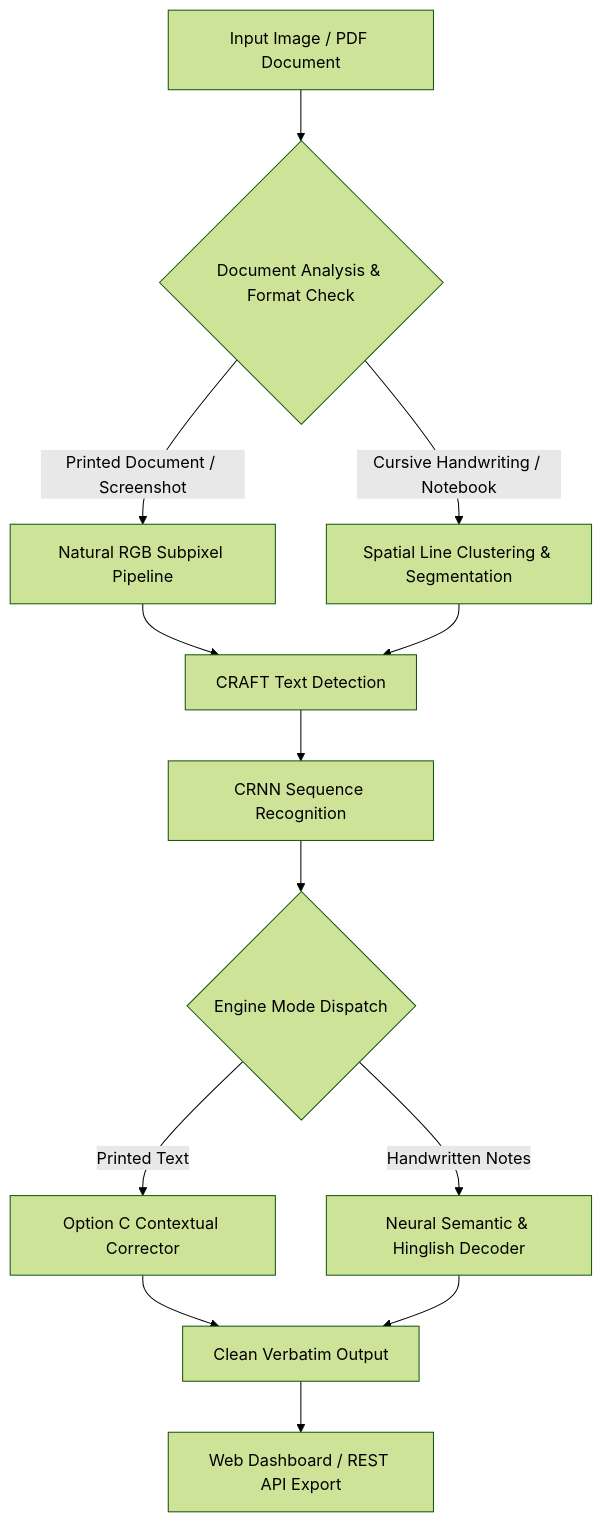
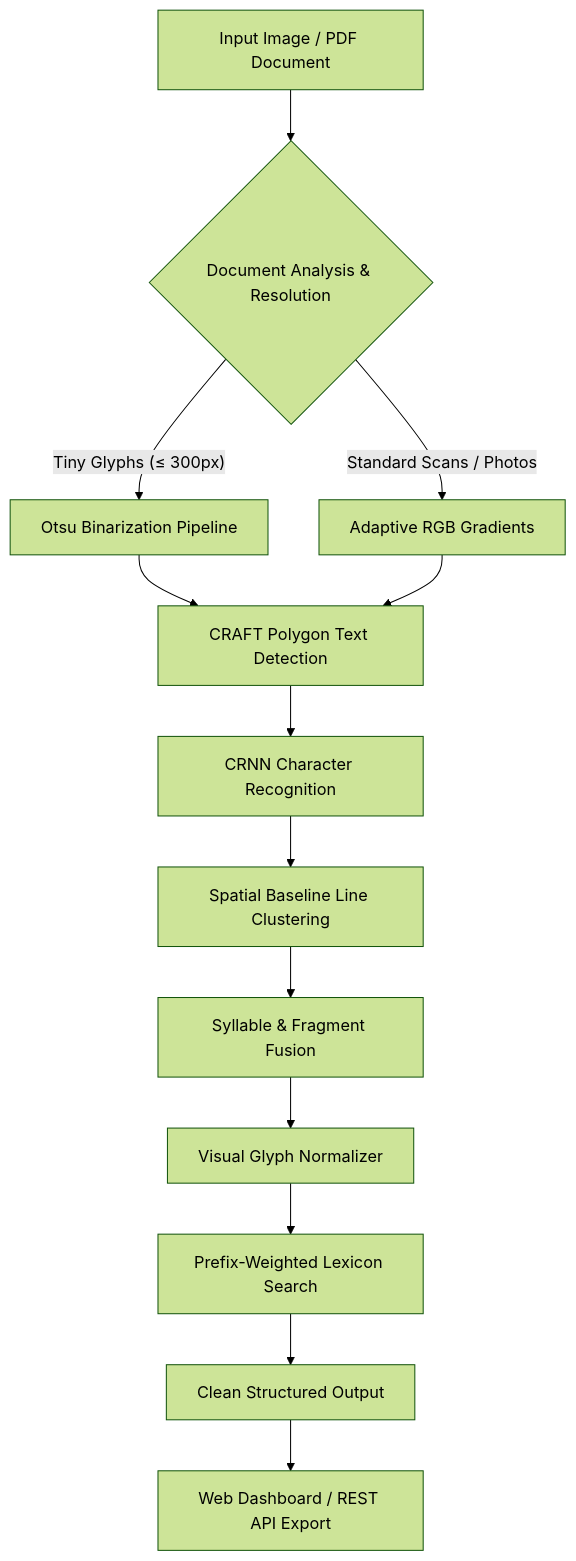
The diagram in README.md (akhawattushar/UniOCR), drawn with Mermaid (forest theme) before and after one commit. The commit also changed other lines of this file and 1 other file, not shown here.

Commit message:
feat: implement genuine multi-stage cascading OCR pipeline with spatial clustering, visual-weighted edit distance, and open lexicon

````diff
--- a/README.md
+++ b/README.md
@@ -73,21 +76,20 @@
 ```mermaid
 flowchart TD
-    A["Input Image / PDF Document"] --> B{"Document Analysis & Format Check"}
+    A["Input Image / PDF Document"] --> B{"Document Analysis & Resolution"}
     
-    B -->|"Printed Document / Screenshot"| C["Natural RGB Subpixel Pipeline"]
-    B -->|"Cursive Handwriting / Notebook"| D["Spatial Line Clustering & Segmentation"]
+    B -->|"Tiny Glyphs (&le; 300px)"| C["Otsu Binarization Pipeline"]
+    B -->|"Standard Scans / Photos"| D["Adaptive RGB Gradients"]
     
-    C --> E["CRAFT Text Detection"]
+    C --> E["CRAFT Polygon Text Detection"]
     D --> E
     
-    E --> F["CRNN Sequence Recognition"]
+    E --> F["CRNN Character Recognition"]
     
-    F --> G{"Engine Mode Dispatch"}
-    G -->|"Printed Text"| H["Option C Contextual Corrector"]
-    G -->|"Handwritten Notes"| I["Neural Semantic & Hinglish Decoder"]
+    F --> G["Spatial Baseline Line Clustering"]
+    G --> H["Syllable & Fragment Fusion"]
+    H --> I["Visual Glyph Normalizer"]
+    I --> J["Prefix-Weighted Lexicon Search"]
     
-    H --> J["Clean Verbatim Output"]
-    I --> J
-    
-    J --> K["Web Dashboard / REST API Export"]
+    J --> K["Clean Structured Output"]
+    K --> L["Web Dashboard / REST API Export"]
 ```
````
